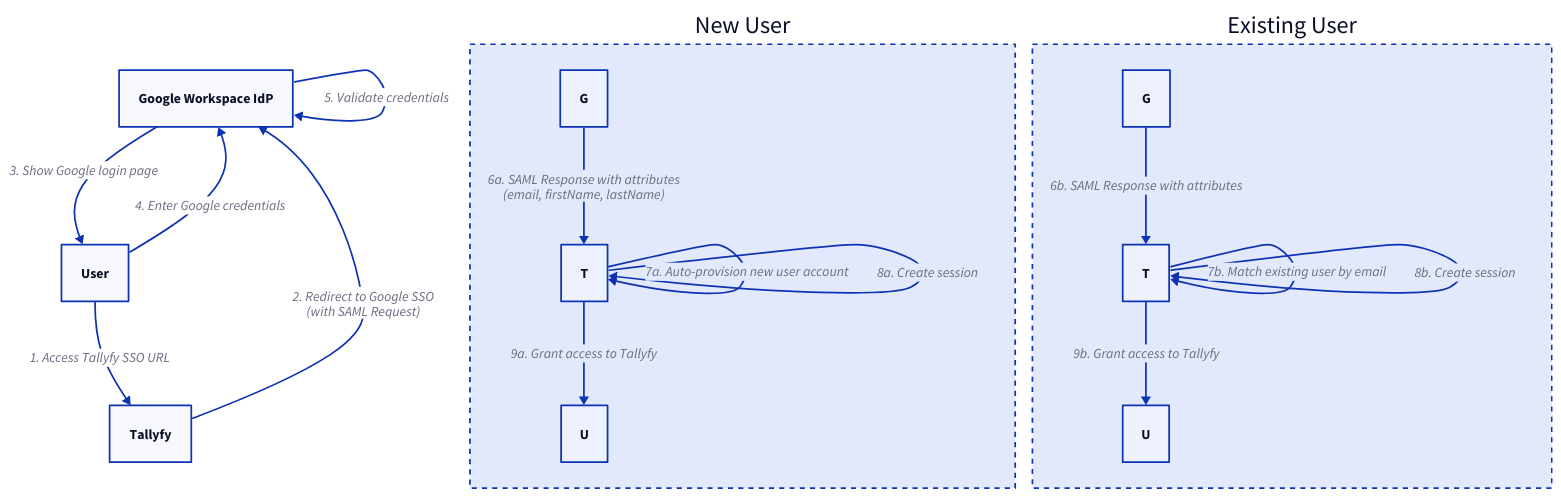
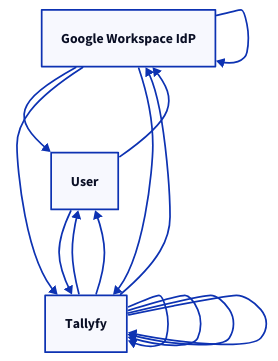
The diagram in src/content/docs/pro/integrations/authentication/how-to-integrate-google-suite-samlsso-with-tallyfy.mdx (tallyfy/documentation), drawn with D2 before and after one commit. The commit also changed other lines of this file and 605 other files, not shown here.

````diff
--- a/src/content/docs/pro/integrations/authentication/how-to-integrate-google-suite-samlsso-with-tallyfy.mdx
+++ b/src/content/docs/pro/integrations/authentication/how-to-integrate-google-suite-samlsso-with-tallyfy.mdx
@@ -141,36 +142,20 @@
 ```d2
-G: "G"
-T: "T"
-U: "U"
+G: Google Workspace IdP
+T: Tallyfy
 U: User
-T: Tallyfy
-G: Google Workspace IdP
-
-# SAML Authentication Flow
-U -> T: "1. Access Tallyfy SSO URL"
-T -> G: "2. Redirect to Google SSO\n(with SAML Request)"
-G -> U: "3. Show Google login page"
-U -> G: "4. Enter Google credentials"
-G -> G: "5. Validate credentials"
-
-# Branching logic for New vs Existing User
-New User: {
-  shape: rectangle
-  style.stroke-dash: 3
-  G -> T: "6a. SAML Response with attributes\n(email, firstName, lastName)"
-  T -> T: "7a. Auto-provision new user account"
-  T -> T: "8a. Create session"
-  T -> U: "9a. Grant access to Tallyfy"
-}
-
-Existing User: {
-  shape: rectangle  
-  style.stroke-dash: 3
-  G -> T: "6b. SAML Response with attributes"
-  T -> T: "7b. Match existing user by email"
-  T -> T: "8b. Create session"
-  T -> U: "9b. Grant access to Tallyfy"
-}
-
-# Note: User now authenticated via SSO
+shape: rectangle
+style.stroke-dash: 3
+U -> T
+T -> G
+G -> U
+U -> G
+G -> G
+G -> T
+T -> T
+T -> T
+T -> U
+G -> T
+T -> T
+T -> T
+T -> U
 ```
````
